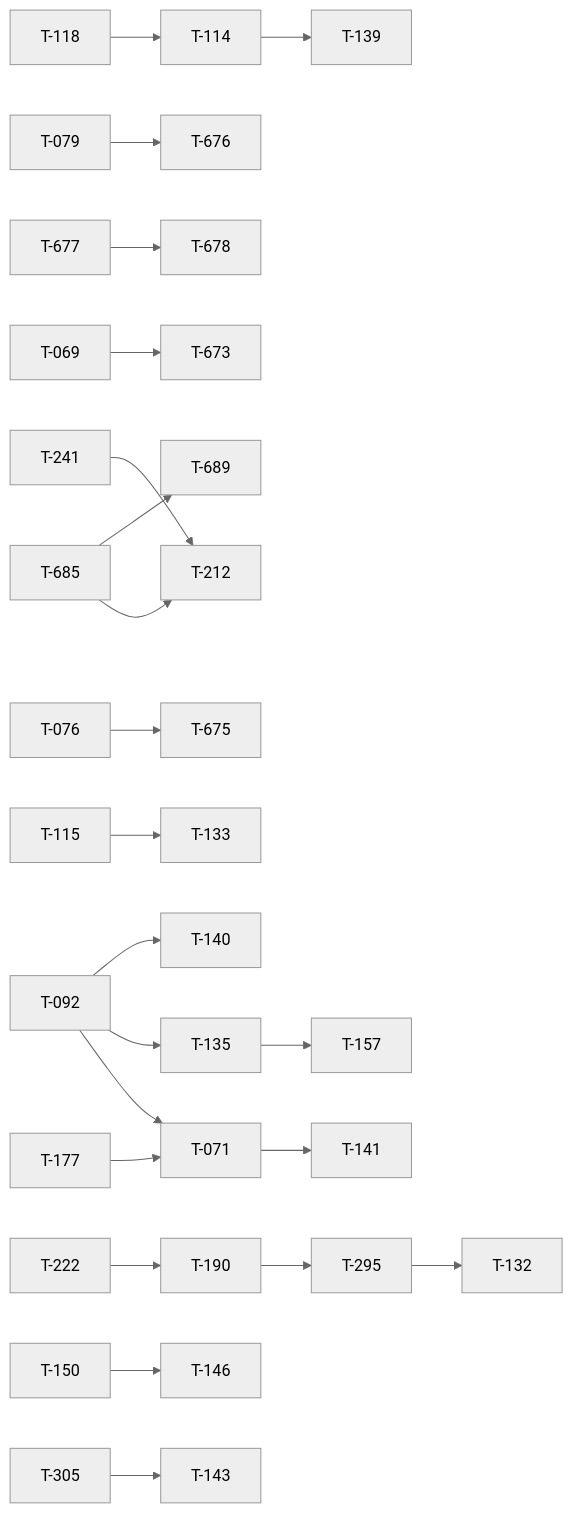
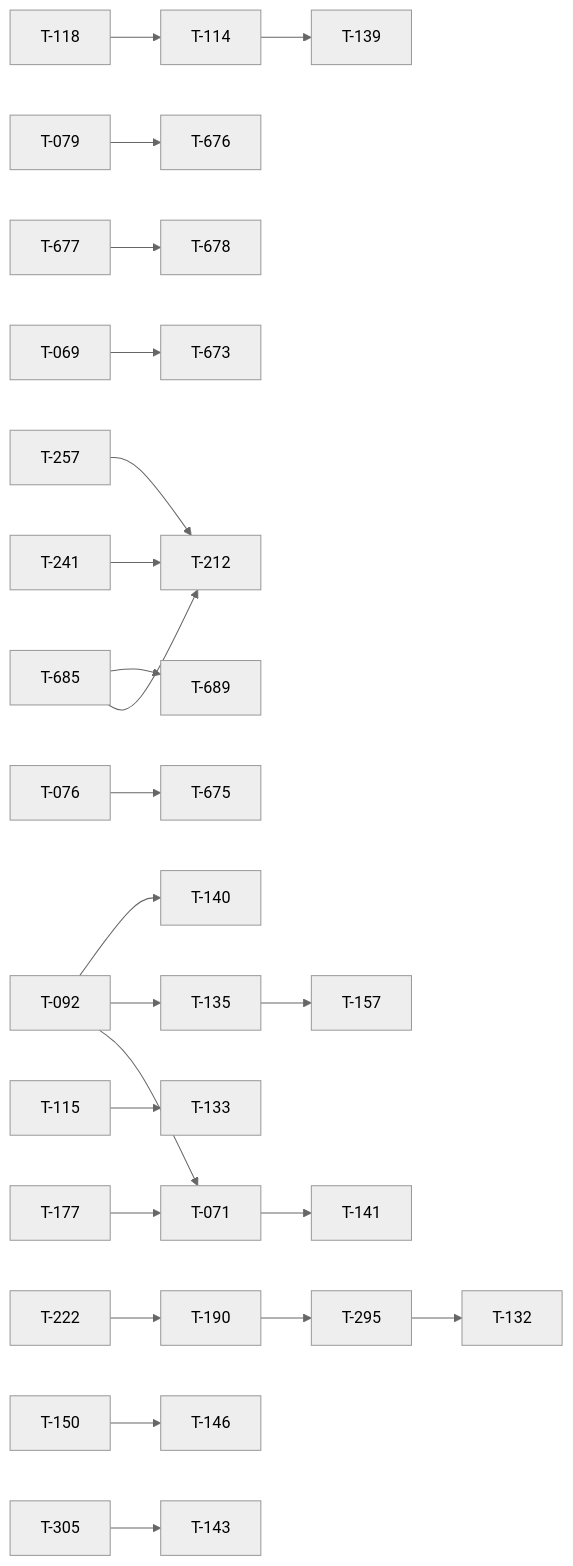
Before and after one commit to darkforce09/TBD-reforger: the diagram in docs/TICKET_LEAD.md, drawn with Mermaid (neutral theme). The commit also changed 11 other files, not shown here.

````diff
--- a/docs/TICKET_LEAD.md
+++ b/docs/TICKET_LEAD.md
@@ -118,24 +118,25 @@
 ```mermaid
 flowchart LR
   T092[T-092] --> T071[T-071]
   T177[T-177] --> T071[T-071]
   T118[T-118] --> T114[T-114]
   T079[T-079] --> T676[T-676]
   T677[T-677] --> T678[T-678]
   T069[T-069] --> T673[T-673]
   T685[T-685] --> T212[T-212]
   T241[T-241] --> T212[T-212]
+  T257[T-257] --> T212[T-212]
   T685[T-685] --> T689[T-689]
   T076[T-076] --> T675[T-675]
   T115[T-115] --> T133[T-133]
   T114[T-114] --> T139[T-139]
   T222[T-222] --> T190[T-190]
   T135[T-135] --> T157[T-157]
   T071[T-071] --> T141[T-141]
   T150[T-150] --> T146[T-146]
   T305[T-305] --> T143[T-143]
   T092[T-092] --> T135[T-135]
   T092[T-092] --> T140[T-140]
   T190[T-190] --> T295[T-295]
   T295[T-295] --> T132[T-132]
 ```
````
